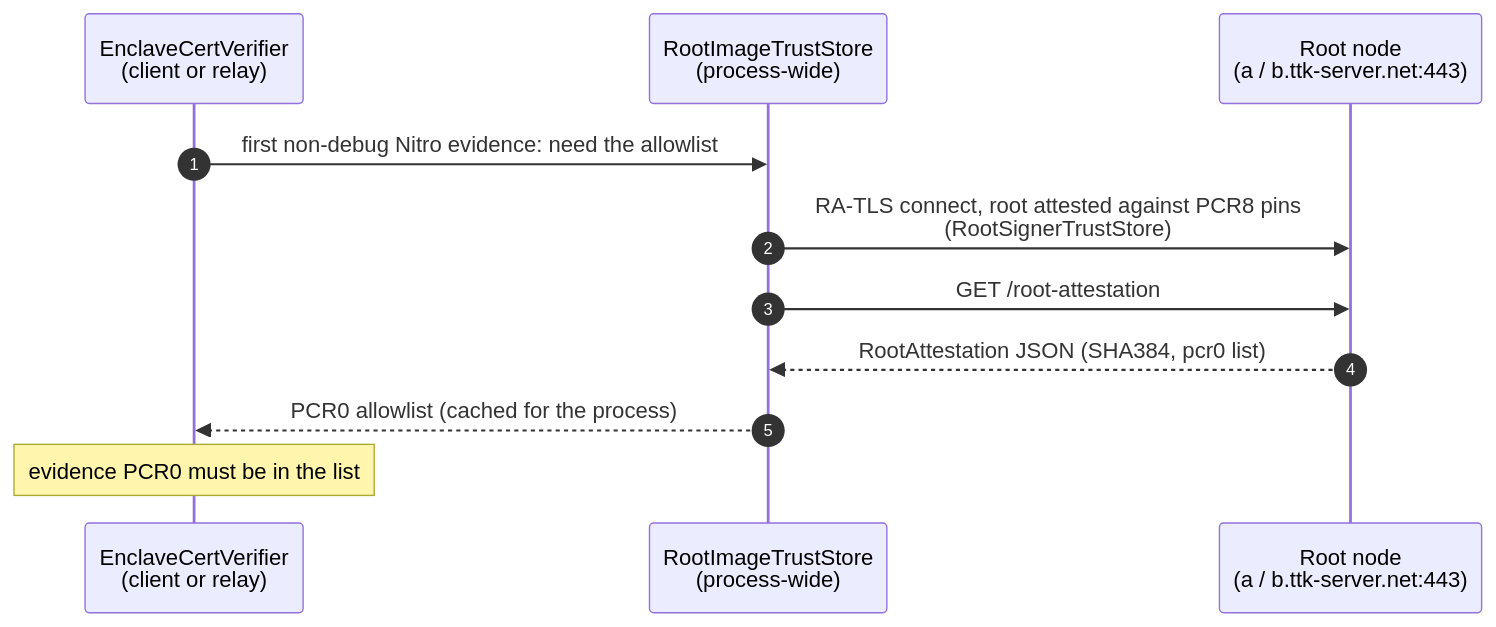
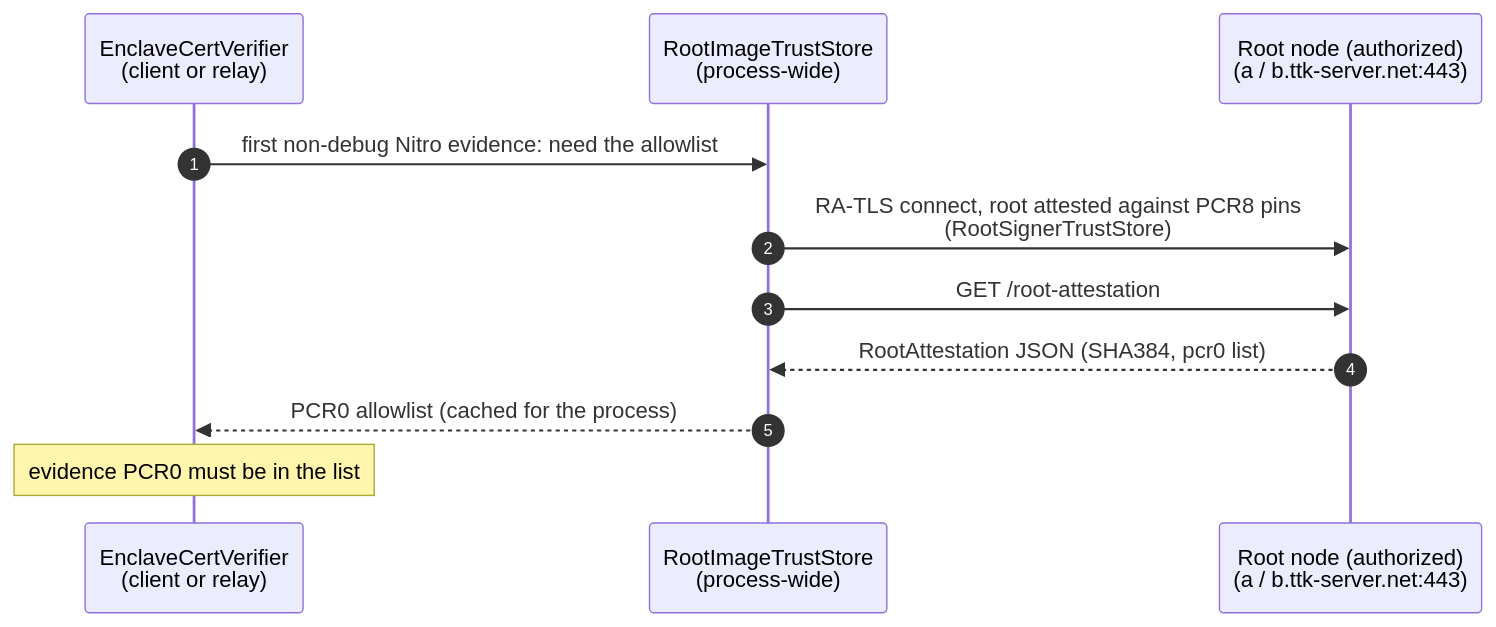
Before and after one commit to Lanetus/TTKServer: the seventh of 11 diagrams in docs/src/ARCHITECTURE.md, drawn with Mermaid. The commit also changed other lines of this file and 14 other files, not shown here.

First line of the commit message:
feat: update the mdBook architecture docs to the current workspace (#94)

````diff
--- a/docs/src/ARCHITECTURE.md
+++ b/docs/src/ARCHITECTURE.md
@@ -273,14 +337,14 @@
 ```mermaid
 sequenceDiagram
     autonumber
     participant V as EnclaveCertVerifier<br/>(client or relay)
     participant L as RootImageTrustStore<br/>(process-wide)
-    participant R as Root node<br/>(a / b.ttk-server.net:443)
+    participant R as Root node (authorized)<br/>(a / b.ttk-server.net:443)
 
     V->>L: first non-debug Nitro evidence: need the allowlist
     L->>R: RA-TLS connect, root attested against PCR8 pins<br/>(RootSignerTrustStore)
     L->>R: GET /root-attestation
     R-->>L: RootAttestation JSON (SHA384, pcr0 list)
     L-->>V: PCR0 allowlist (cached for the process)
     Note over V: evidence PCR0 must be in the list
 ```
````
